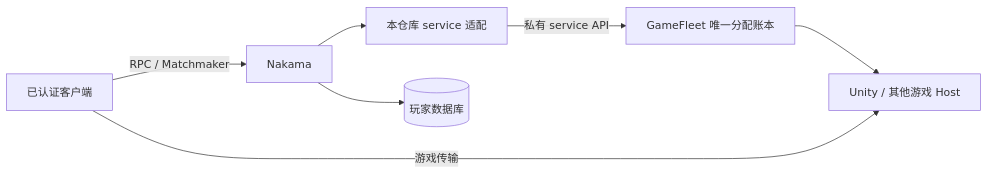
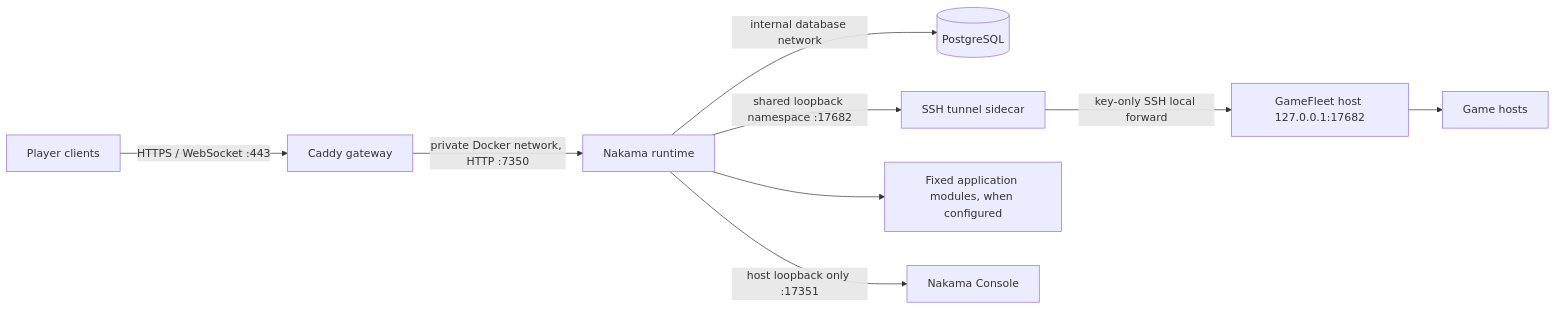
Before and after one commit to xuhuanhello/nakama-agones: the first of 2 diagrams in docs/architecture.md, drawn with Mermaid. The commit also changed other lines of this file and 18 other files, not shown here.

Commit message:
Add self-hosted Nakama service deployment

````diff
--- a/docs/architecture.md
+++ b/docs/architecture.md
@@ -7,9 +5,11 @@
 ```mermaid
 flowchart LR
-    C[已认证客户端] -->|RPC / Matchmaker| N[Nakama]
-    N --> A[本仓库 service 适配]
-    A -->|私有 service API| G[GameFleet 唯一分配账本]
-    G --> H[Unity / 其他游戏 Host]
-    C -->|游戏传输| H
-    N --> DB[(玩家数据库)]
+  P[Player clients] -->|HTTPS / WebSocket :443| C[Caddy gateway]
+  C -->|private Docker network, HTTP :7350| N[Nakama runtime]
+  N -->|internal database network| D[(PostgreSQL)]
+  N -->|shared loopback namespace :17682| T[SSH tunnel sidecar]
+  T -->|key-only SSH local forward| G[GameFleet host 127.0.0.1:17682]
+  N --> A[Fixed application modules, when configured]
+  N -->|host loopback only :17351| O[Nakama Console]
+  G --> H[Game hosts]
 ```
````
